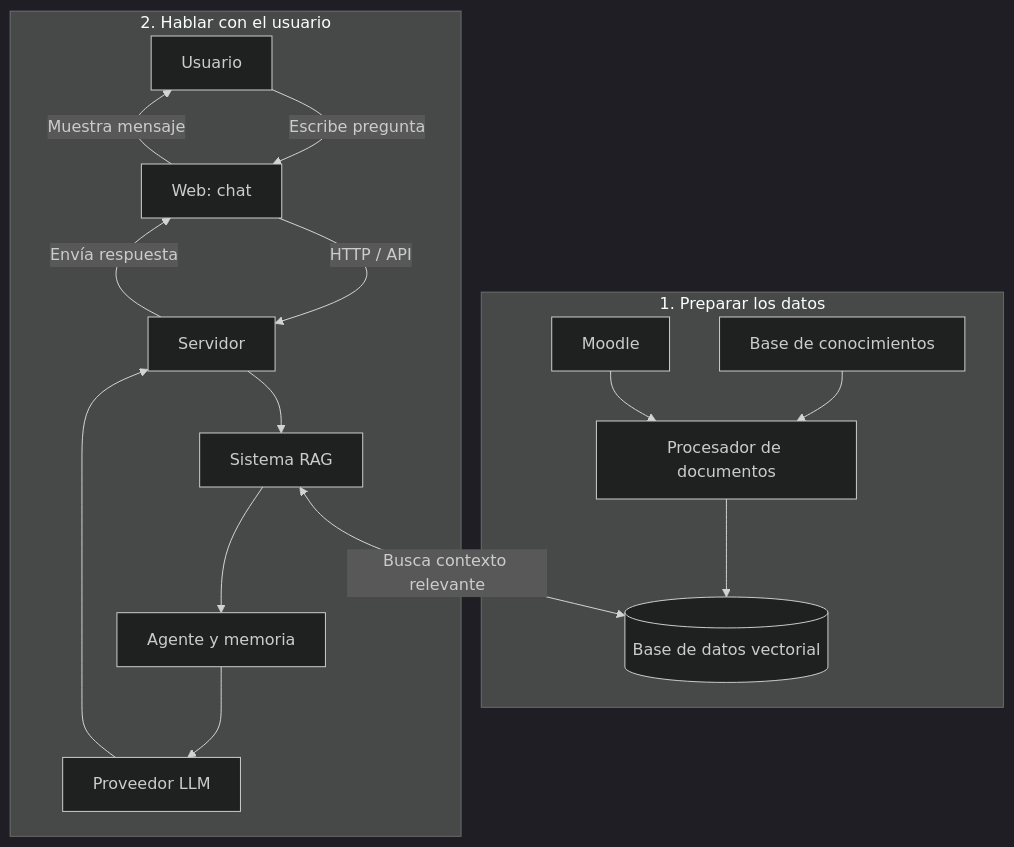
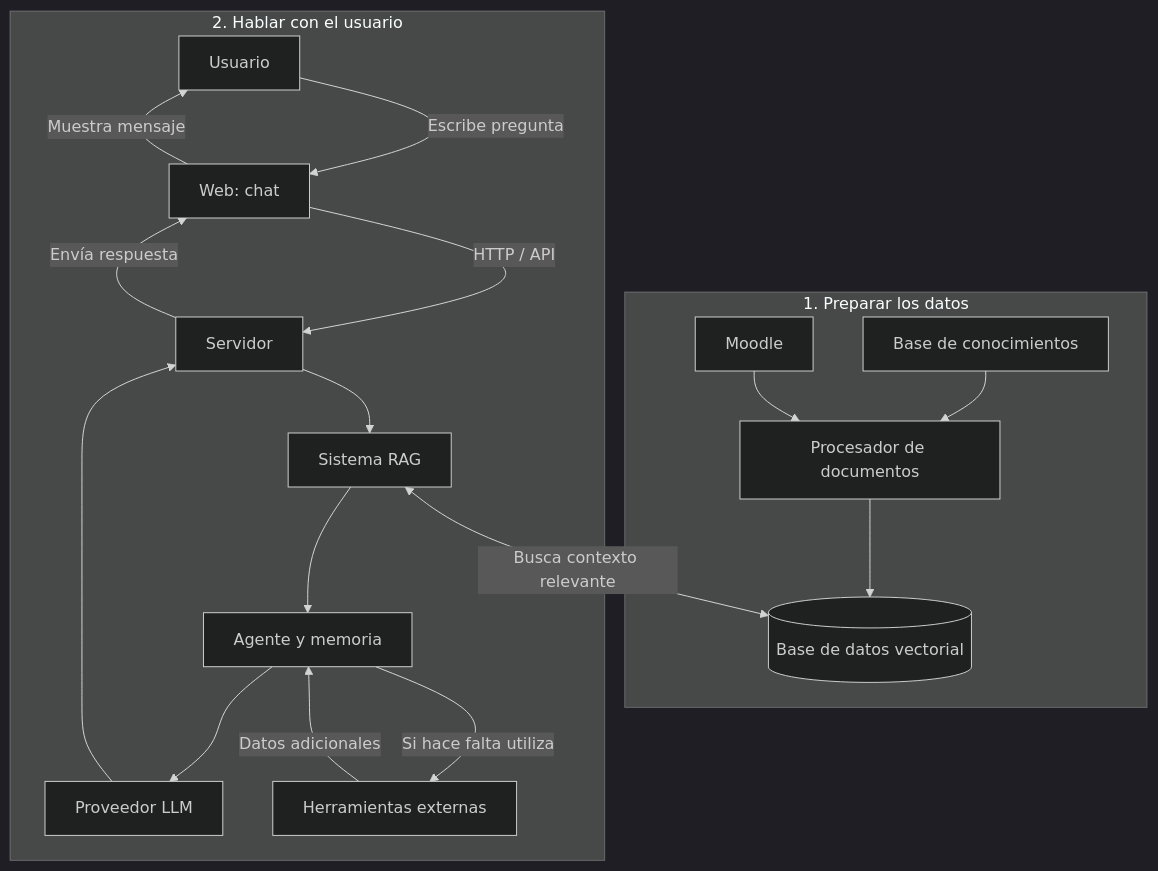
One commit to NahuelZa/Asistente-Virtual-Inteligente-para-Moodle changed the diagram in README.md. Above: the diagram before and after it, drawn with Mermaid (dark theme). The commit also changed other lines of this file, not shown here.

Commit message:
Actualizar diagrama para mostrar el uso de herramientas

````diff
--- a/README.md
+++ b/README.md
@@ -19,21 +19,22 @@
 ```mermaid
 flowchart TD
-   subgraph Ingesta [1. Preparar los datos]
-      K[Base de conocimientos] --> P[Procesador de documentos]
-      M[Moodle] --> P
-      P --> V[(Base de datos vectorial)]
-   end
+    subgraph Ingesta [1. Preparar los datos]
+        K[Base de conocimientos] --> P[Procesador de documentos]
+        M[Moodle] --> P
+        P --> V[(Base de datos vectorial)]
+    end
 
     subgraph Runtime [2. Hablar con el usuario]
         U[Usuario] -->|Escribe pregunta| W[Web: chat]
         W -->|HTTP / API| E[Servidor]
         E --> R[Sistema RAG]
         R <--> |Busca contexto relevante| V
         R --> A[Agente y memoria]
         A --> L[Proveedor LLM]
         L --> E
-
+        A -->|Si hace falta utiliza| T[Herramientas externas]
+        T -->|Datos adicionales| A
         E -->|Envía respuesta| W
         W -->|Muestra mensaje| U
     end
 ```
````
